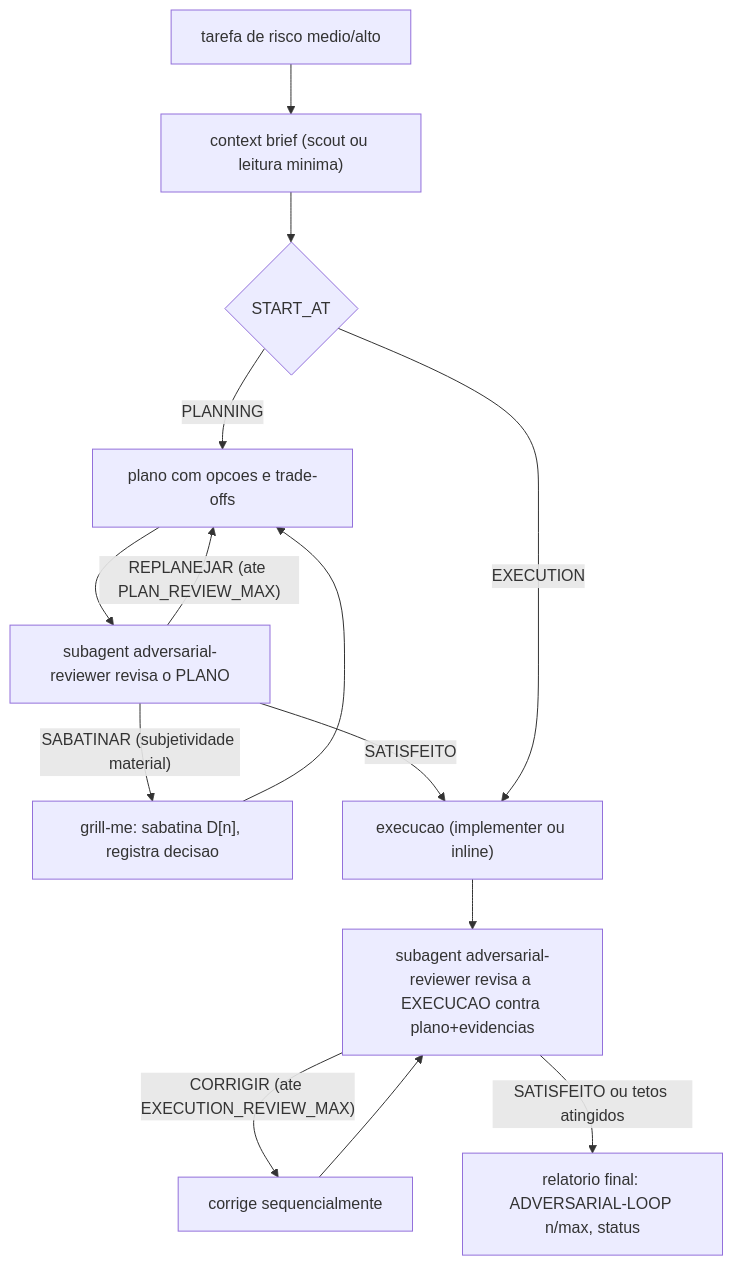
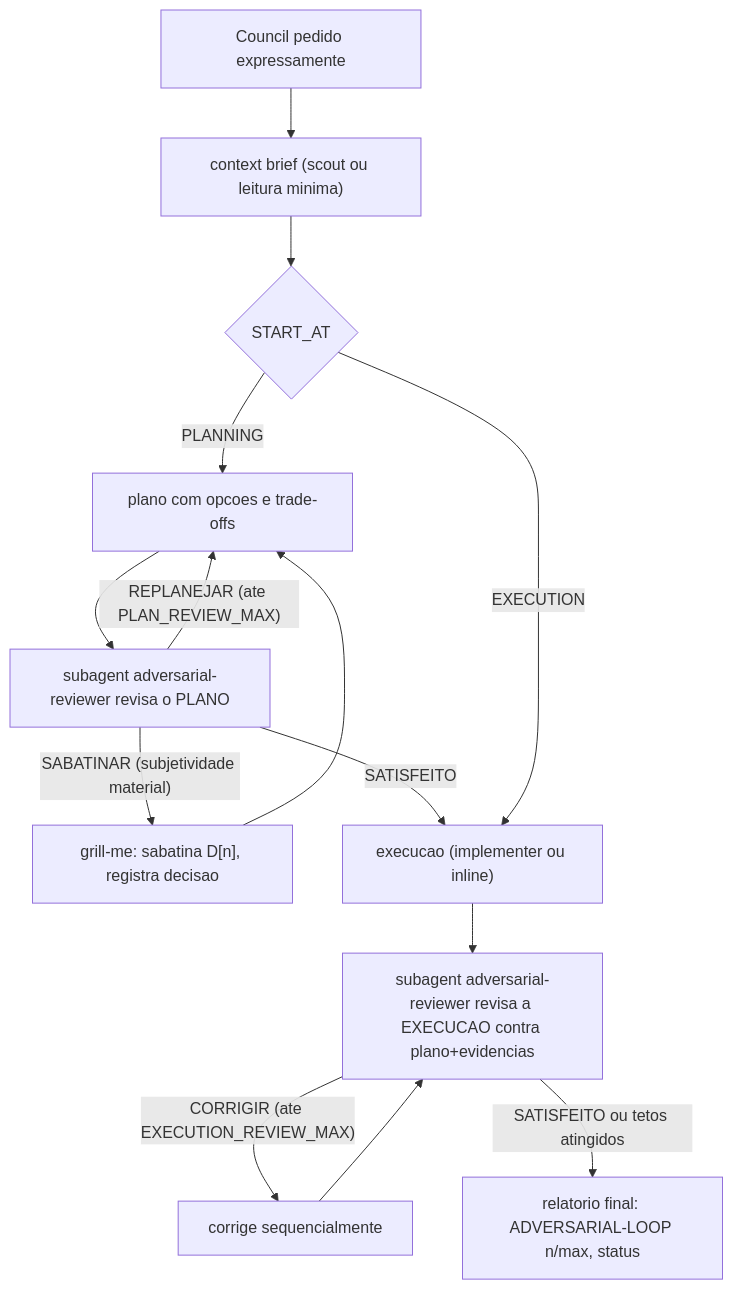
The sixth of 6 diagrams in docs/manual/11-council-subagents.md (gutocarollo/orions-belt), drawn with Mermaid before and after one commit. The commit also changed other lines of this file and 32 other files, not shown here.

Commit message:
fix(council): harden context and make reviews opt-in

````diff
--- a/docs/manual/11-council-subagents.md
+++ b/docs/manual/11-council-subagents.md
@@ -202,16 +210,16 @@
 ```mermaid
 flowchart TD
-    A["tarefa de risco medio/alto"] --> B["context brief (scout ou leitura minima)"]
+    A["Council pedido expressamente"] --> B["context brief (scout ou leitura minima)"]
     B --> C{"START_AT"}
     C -- "PLANNING" --> D["plano com opcoes e trade-offs"]
     D --> E["subagent adversarial-reviewer revisa o PLANO"]
     E -- "REPLANEJAR (ate PLAN_REVIEW_MAX)" --> D
     E -- "SABATINAR (subjetividade material)" --> S["grill-me: sabatina D[n], registra decisao"]
     S --> D
     E -- "SATISFEITO" --> F["execucao (implementer ou inline)"]
     C -- "EXECUTION" --> F
     F --> G["subagent adversarial-reviewer revisa a EXECUCAO contra plano+evidencias"]
     G -- "CORRIGIR (ate EXECUTION_REVIEW_MAX)" --> H["corrige sequencialmente"]
     H --> G
     G -- "SATISFEITO ou tetos atingidos" --> I["relatorio final: ADVERSARIAL-LOOP n/max, status"]
 ```
````
